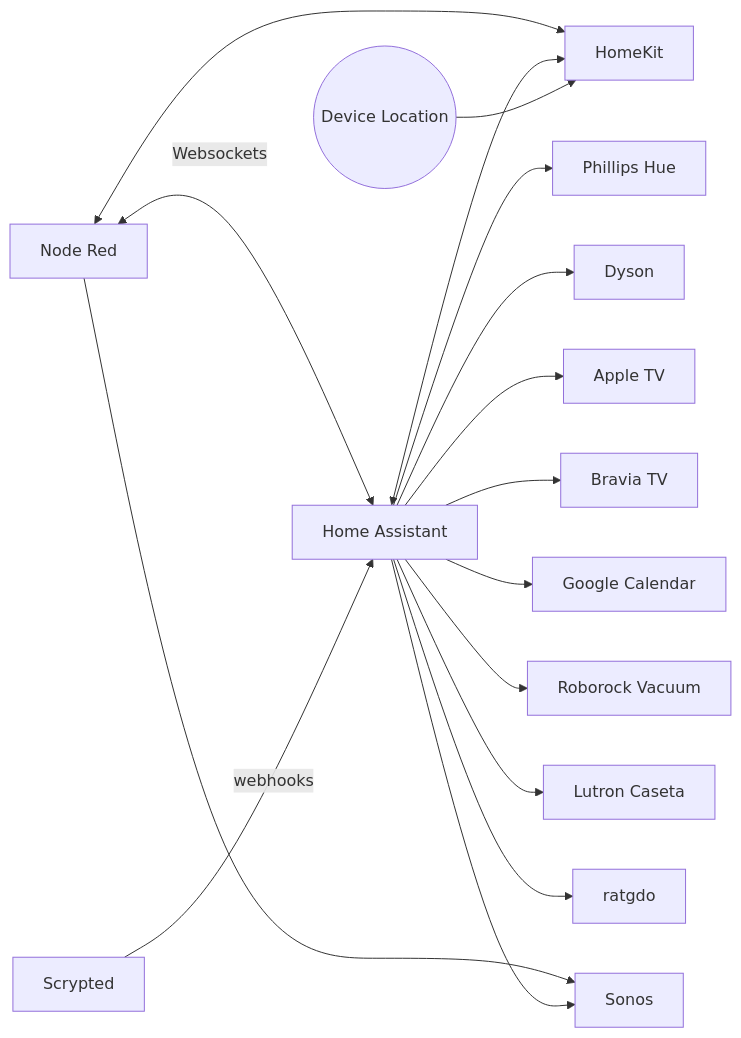
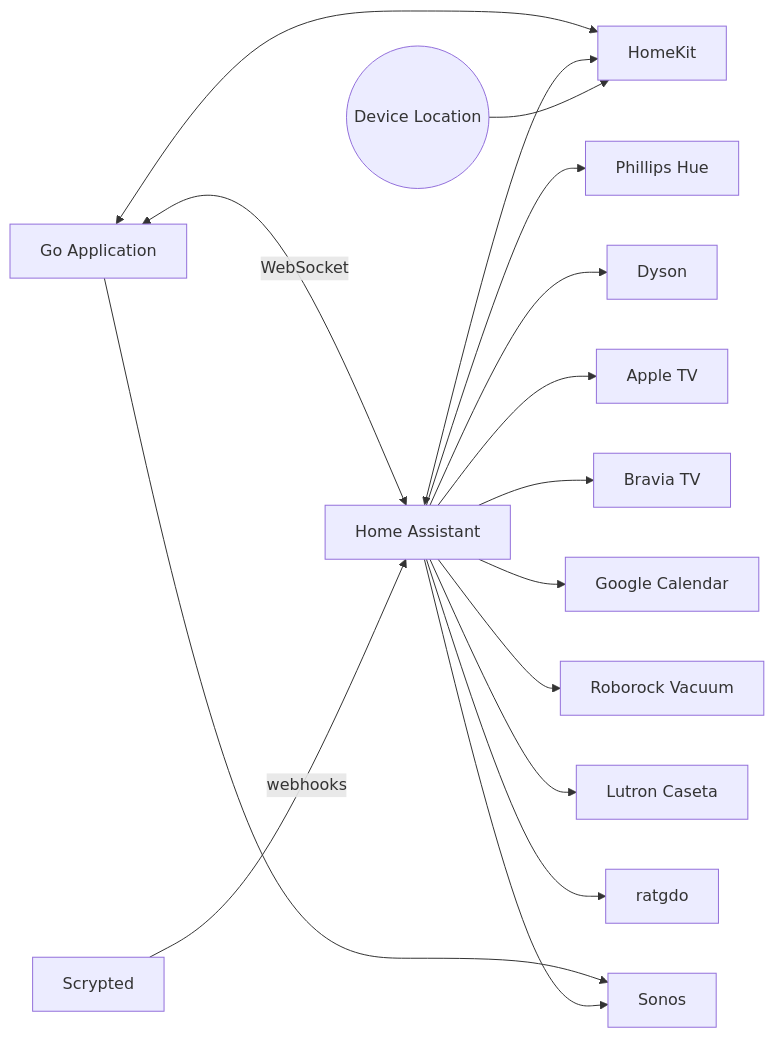
Before and after one commit to NickBorgers/home-automation: the diagram in README.md, drawn with Mermaid. The commit also changed other lines of this file and 23 other files, not shown here.

First line of the commit message:
Remove Node-RED content now that Go implementation is in production

````diff
--- a/README.md
+++ b/README.md
@@ -15,19 +13,19 @@
 ```mermaid
 flowchart LR
 
-A[Node Red] <--> |Websockets| B[Home Assistant]
+A[Go Application] <--> |WebSocket| B[Home Assistant]
 A --> C[Sonos]
 A <--> G[HomeKit]
 B <--> G
 B --> E[Phillips Hue]
 B --> F[Dyson]
 B --> H[Apple TV]
 B --> I[Bravia TV]
 B --> K[Google Calendar]
 B --> J[Roborock Vacuum]
 B --> L[Lutron Caseta]
 B --> M[ratgdo]
 N[Scrypted] --> |webhooks| B
 B --> C
 O((Device Location)) --> G
 ```
````
